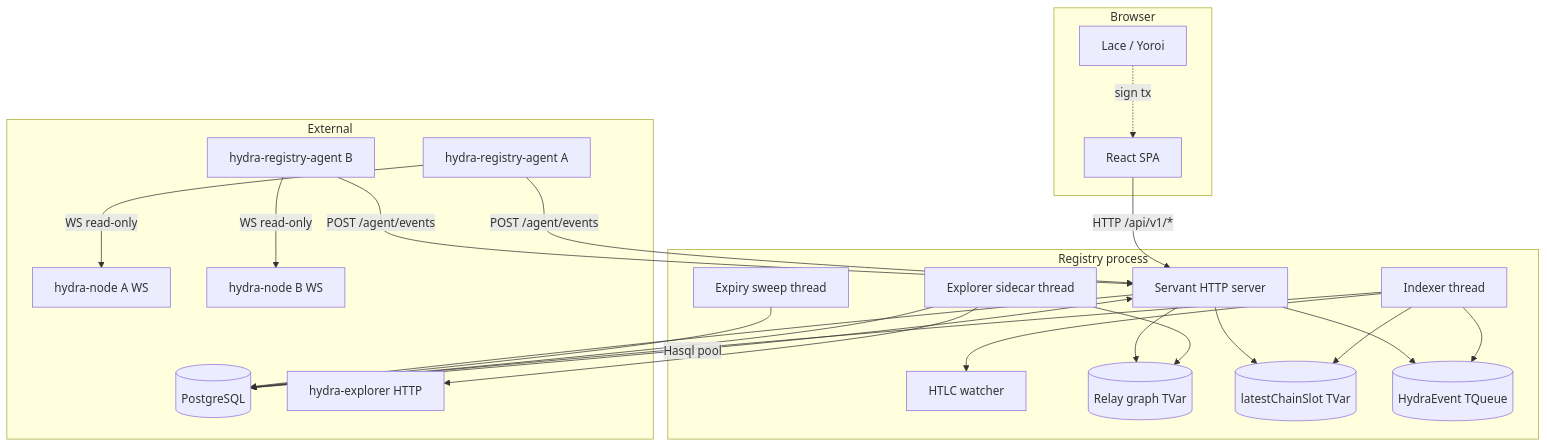
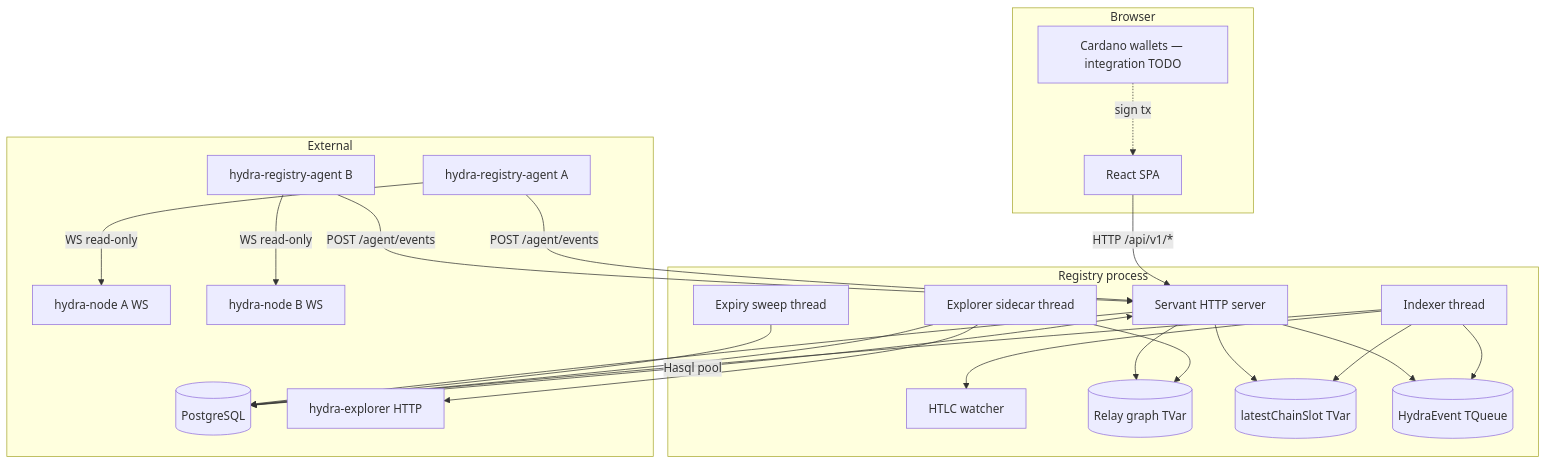
Before and after one commit to v0d1ch/hydra.registry: the first of 6 diagrams in ARCHITECTURE.md, drawn with Mermaid. The commit also changed other lines of this file and 4 other files, not shown here.

Commit message:
Generalize wallet copy: integration is a TODO, drop wallet names from README and site

````diff
--- a/ARCHITECTURE.md
+++ b/ARCHITECTURE.md
@@ -27,47 +27,47 @@
 ```mermaid
 graph TB
   subgraph "Browser"
     UI[React SPA]
-    WALLET[Lace / Yoroi]
+    WALLET[Cardano wallets — integration TODO]
   end
 
   subgraph "Registry process"
     API[Servant HTTP server]
     INDEXER[Indexer thread]
     SIDECAR[Explorer sidecar thread]
     SWEEP[Expiry sweep thread]
     HTLC[HTLC watcher]
     GRAPH[(Relay graph TVar)]
     SLOT[(latestChainSlot TVar)]
     QUEUE[(HydraEvent TQueue)]
   end
 
   subgraph "External"
     PG[(PostgreSQL)]
     AGENT1[hydra-registry-agent A]
     AGENT2[hydra-registry-agent B]
     NODE1[hydra-node A WS]
     NODE2[hydra-node B WS]
     EXPLORER[hydra-explorer HTTP]
   end
 
   UI -->|HTTP /api/v1/*| API
   WALLET -.->|sign tx| UI
   API <-->|Hasql pool| PG
   INDEXER --> QUEUE
   AGENT1 -->|POST /agent/events| API
   AGENT2 -->|POST /agent/events| API
   AGENT1 -->|WS read-only| NODE1
   AGENT2 -->|WS read-only| NODE2
   API --> QUEUE
   INDEXER --> PG
   INDEXER --> SLOT
   INDEXER --> HTLC
   SIDECAR --> EXPLORER
   SIDECAR --> PG
   SIDECAR --> GRAPH
   SWEEP --> PG
   API --> GRAPH
   API --> SLOT
   API --> PG
 ```
````
